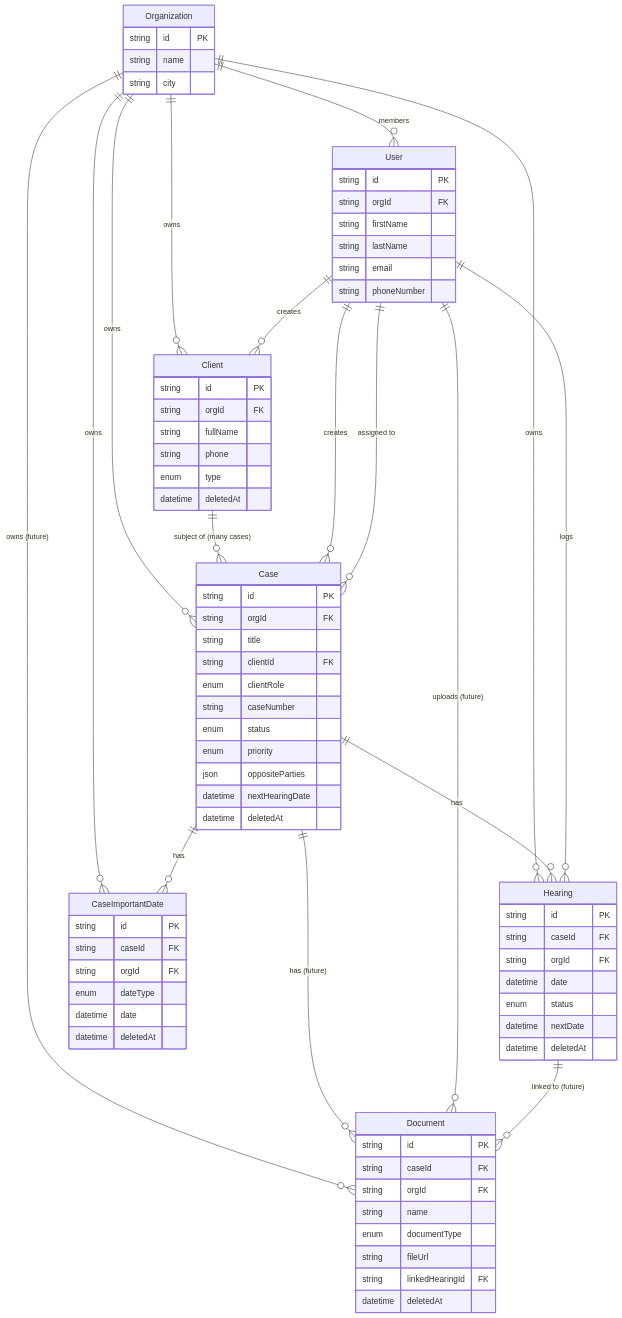
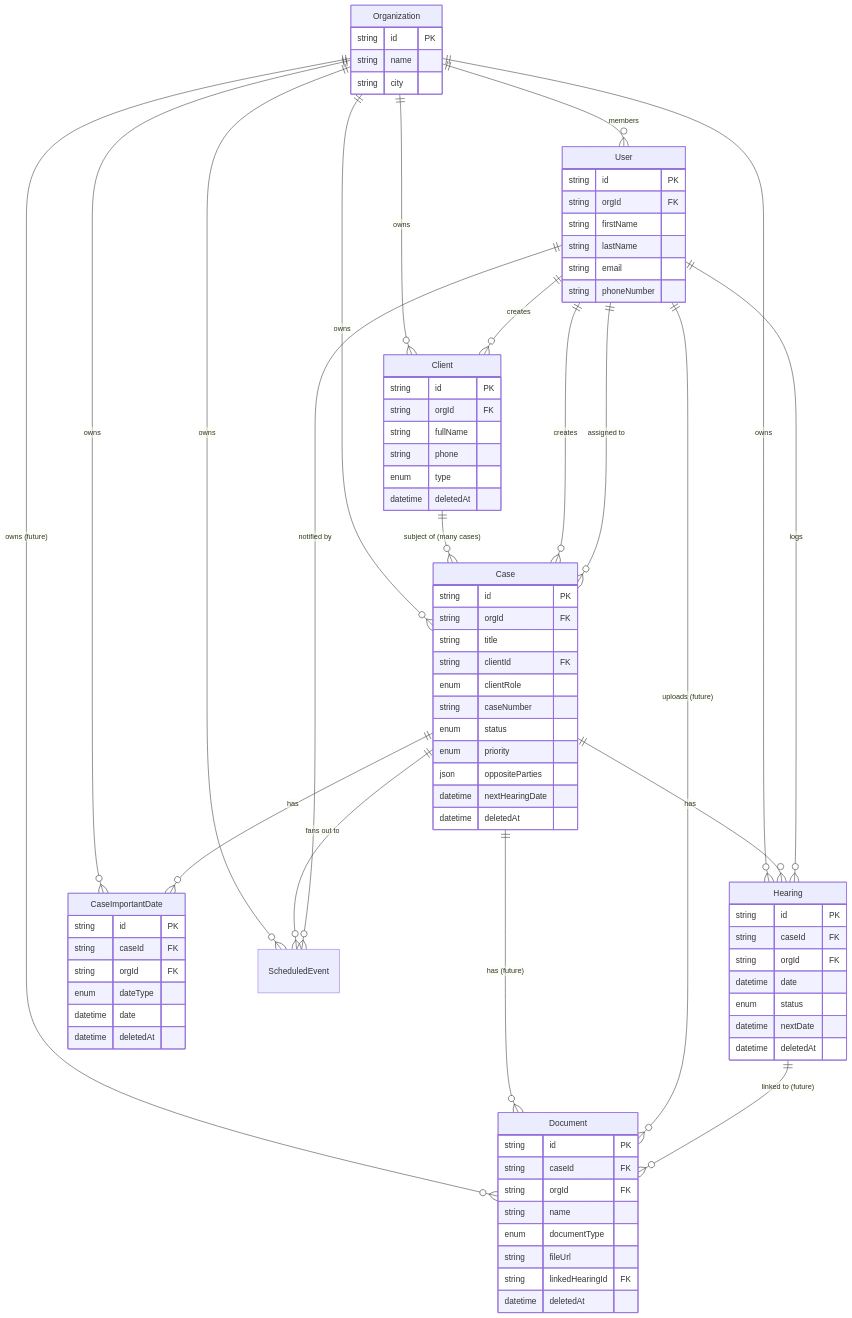
Before and after one commit to splexa-group/splexa: the diagram in docs/specs/overview.md, drawn with Mermaid. The commit also changed other lines of this file and 3 other files, not shown here.

```diff
--- a/docs/specs/overview.md
+++ b/docs/specs/overview.md
@@ -18,18 +18,21 @@
     Organization ||--o{ Case : "owns"
     Organization ||--o{ Hearing : "owns"
     Organization ||--o{ CaseImportantDate : "owns"
+    Organization ||--o{ ScheduledEvent : "owns"
     Organization ||--o{ Document : "owns (future)"
 
     Client ||--o{ Case : "subject of (many cases)"
 
     Case ||--o{ Hearing : "has"
     Case ||--o{ CaseImportantDate : "has"
+    Case ||--o{ ScheduledEvent : "fans out to"
     Case ||--o{ Document : "has (future)"
 
     User ||--o{ Case : "creates"
     User ||--o{ Case : "assigned to"
     User ||--o{ Hearing : "logs"
     User ||--o{ Client : "creates"
+    User ||--o{ ScheduledEvent : "notified by"
     User ||--o{ Document : "uploads (future)"
 
     Hearing ||--o{ Document : "linked to (future)"
```
